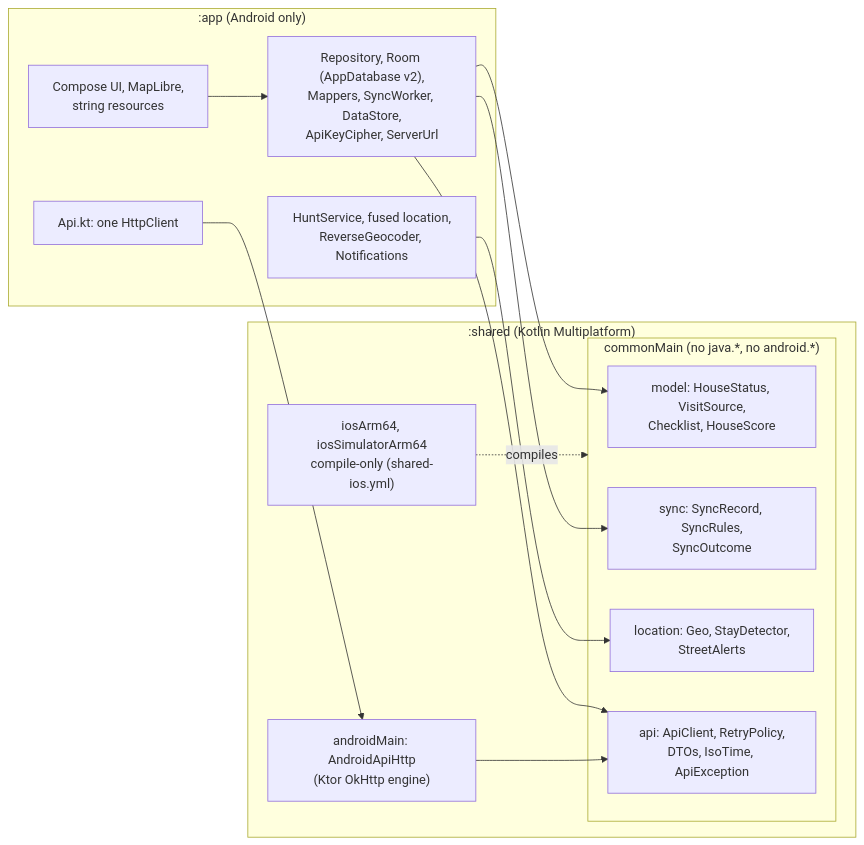
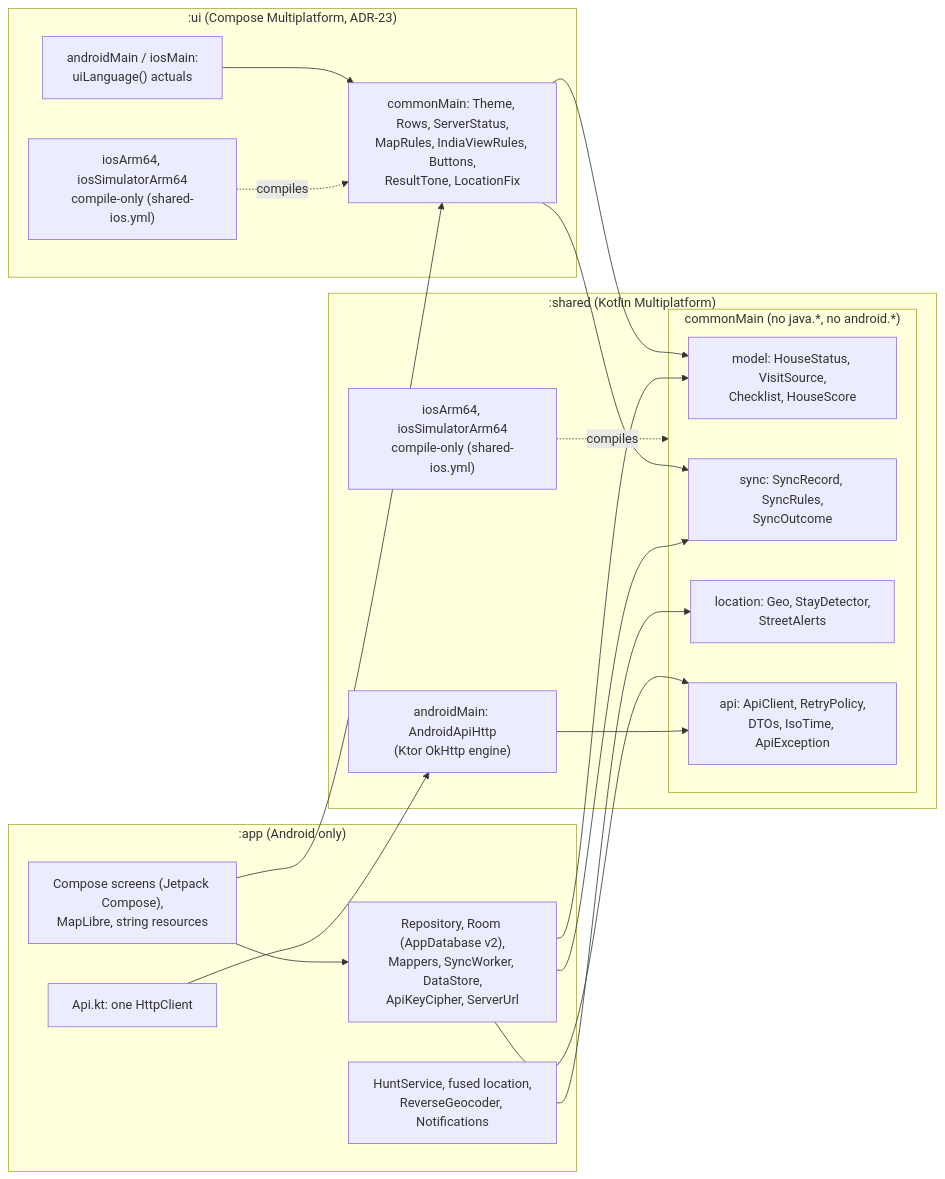
One commit to Sriram-Codes-SW/doorprints changed the fifth of 17 diagrams in docs/03-design.md. Above: the diagram before and after it, drawn with Mermaid. The commit also changed other lines of this file and 11 other files, not shown here.

First line of the commit message:
docs: ADR-23 Compose Multiplatform UI (amends ADR-14), CMP track tickets, :ui README; CI uploads :ui reports

````diff
--- a/docs/03-design.md
+++ b/docs/03-design.md
@@ -219,27 +220,37 @@
 ```mermaid
 flowchart LR
     subgraph app[":app (Android only)"]
-        ui["Compose UI, MapLibre,<br/>string resources"]
+        ui["Compose screens (Jetpack Compose),<br/>MapLibre, string resources"]
         plat["HuntService, fused location,<br/>ReverseGeocoder, Notifications"]
         data["Repository, Room (AppDatabase v2),<br/>Mappers, SyncWorker, DataStore,<br/>ApiKeyCipher, ServerUrl"]
         apiw["Api.kt: one HttpClient"]
     end
     subgraph shared[":shared (Kotlin Multiplatform)"]
         subgraph cm["commonMain (no java.*, no android.*)"]
             model["model: HouseStatus, VisitSource,<br/>Checklist, HouseScore"]
             sync["sync: SyncRecord, SyncRules,<br/>SyncOutcome"]
             loc["location: Geo, StayDetector,<br/>StreetAlerts"]
             api["api: ApiClient, RetryPolicy,<br/>DTOs, IsoTime, ApiException"]
         end
         am["androidMain: AndroidApiHttp<br/>(Ktor OkHttp engine)"]
         ios["iosArm64, iosSimulatorArm64<br/>compile-only (shared-ios.yml)"]
     end
+    subgraph uim[":ui (Compose Multiplatform, ADR-23)"]
+        uicm["commonMain: Theme, Rows, ServerStatus,<br/>MapRules, IndiaViewRules, Buttons,<br/>ResultTone, LocationFix"]
+        uiam["androidMain / iosMain:<br/>uiLanguage() actuals"]
+        uiios["iosArm64, iosSimulatorArm64<br/>compile-only (shared-ios.yml)"]
+    end
+    ui --> uicm
+    uicm --> model
+    uicm --> sync
+    uiam --> uicm
+    uiios -.->|"compiles"| uicm
     ui --> data
     plat --> loc
     data --> sync
     data --> model
     data --> api
     apiw --> am
     am --> api
     ios -.->|"compiles"| cm
 ```
````
